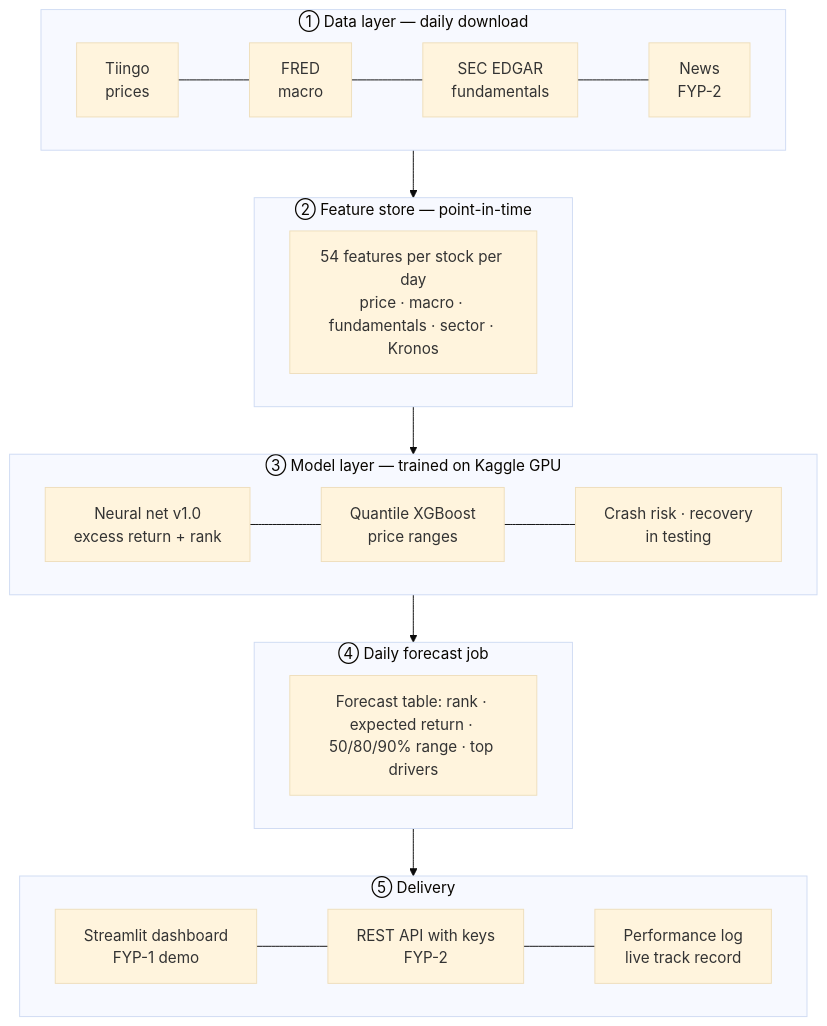
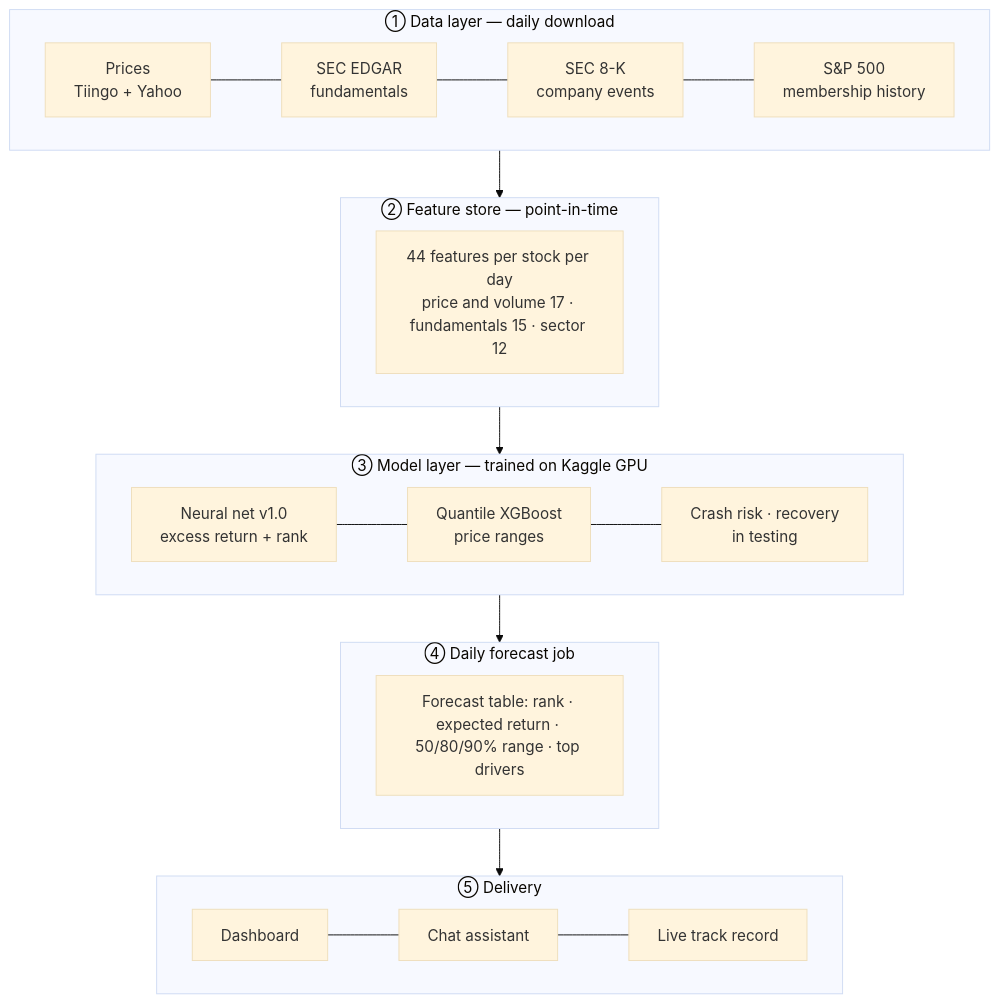
One commit to Naveed-CoLab/LatticeX changed the first of 2 diagrams in README.md. Above: the diagram before and after it, drawn with Mermaid (base theme). The commit also changed other lines of this file and 33 other files, not shown here.

````diff
--- a/README.md
+++ b/README.md
@@ -51,22 +96,22 @@
 ```mermaid
 flowchart TB
     subgraph L1["① Data layer — daily download"]
         direction LR
-        D1[Tiingo<br/>prices] --- D2[FRED<br/>macro] --- D3[SEC EDGAR<br/>fundamentals] --- D4[News<br/>FYP-2]
+        D1[Prices<br/>Tiingo + Yahoo] --- D2[SEC EDGAR<br/>fundamentals] --- D3[SEC 8-K<br/>company events] --- D4[S&P 500<br/>membership history]
     end
     subgraph L2["② Feature store — point-in-time"]
-        F1[54 features per stock per day<br/>price · macro · fundamentals · sector · Kronos]
+        F1[44 features per stock per day<br/>price and volume 17 · fundamentals 15 · sector 12]
     end
     subgraph L3["③ Model layer — trained on Kaggle GPU"]
         direction LR
         M1[Neural net v1.0<br/>excess return + rank] --- M2[Quantile XGBoost<br/>price ranges] --- M3[Crash risk · recovery<br/>in testing]
     end
     subgraph L4["④ Daily forecast job"]
         J1[Forecast table: rank · expected return · 50/80/90% range · top drivers]
     end
     subgraph L5["⑤ Delivery"]
         direction LR
-        U1[Streamlit dashboard<br/>FYP-1 demo] --- U2[REST API with keys<br/>FYP-2] --- U3[Performance log<br/>live track record]
+        U1[Dashboard] --- U2[Chat assistant] --- U3[Live track record]
     end
     L1 --> L2 --> L3 --> L4 --> L5
 ```
````
